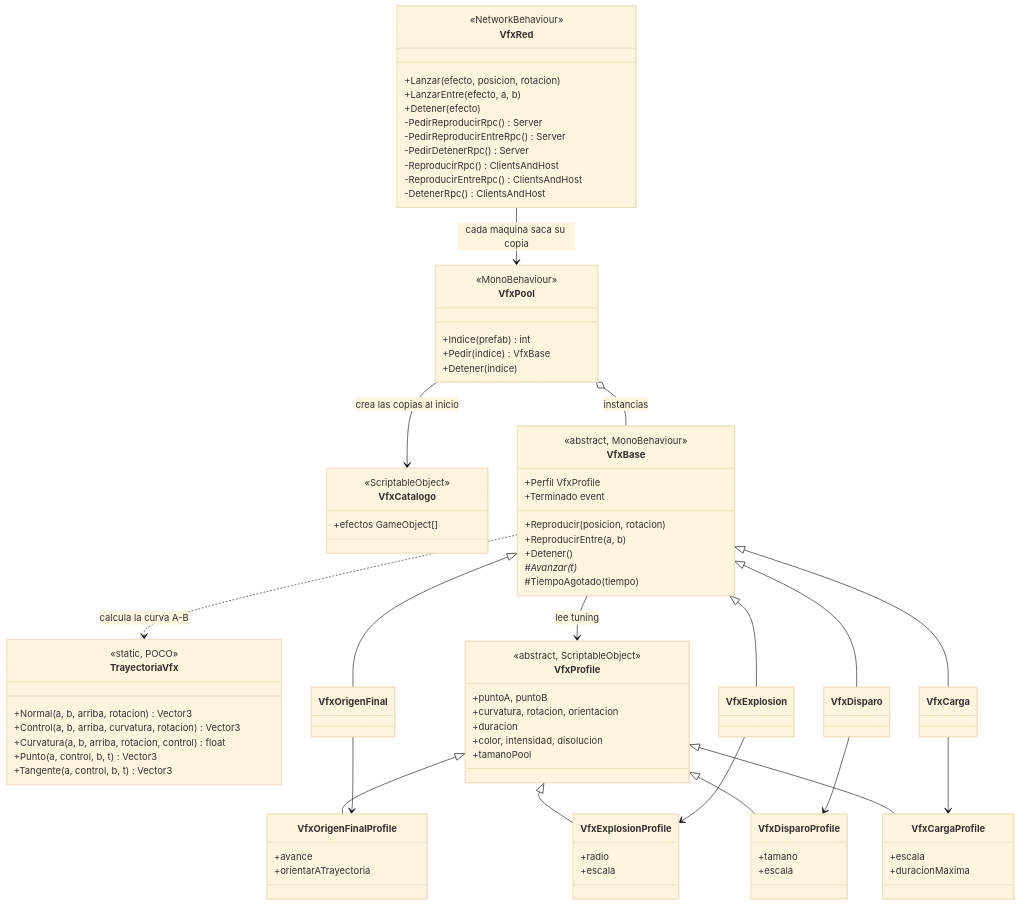
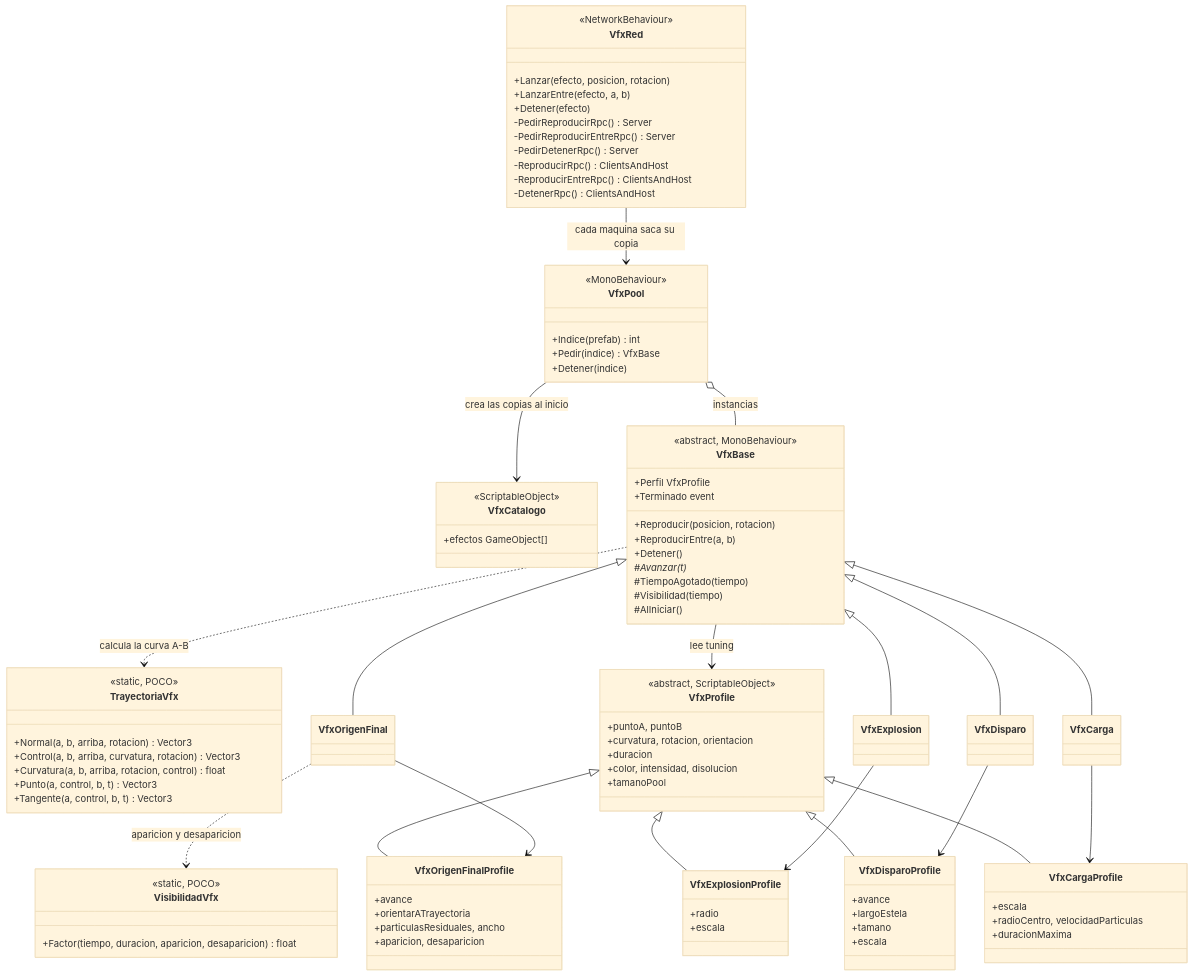
The diagram in docs/diagrams/vfx.mermaid (VicBojoDev10/DeathOfMeaningRepo), drawn with Mermaid (base theme) before and after one commit.

Commit message:
doc: update VFX diagram with new profile settings

```diff
--- a/docs/diagrams/vfx.mermaid
+++ b/docs/diagrams/vfx.mermaid
@@ -1,93 +1,106 @@
 classDiagram
     class TrayectoriaVfx {
         <<static, POCO>>
         +Normal(a, b, arriba, rotacion) Vector3
         +Control(a, b, arriba, curvatura, rotacion) Vector3
         +Curvatura(a, b, arriba, rotacion, control) float
         +Punto(a, control, b, t) Vector3
         +Tangente(a, control, b, t) Vector3
+    }
+
+    class VisibilidadVfx {
+        <<static, POCO>>
+        +Factor(tiempo, duracion, aparicion, desaparicion) float
     }
 
     class VfxProfile {
         <<abstract, ScriptableObject>>
         +puntoA, puntoB
         +curvatura, rotacion, orientacion
         +duracion
         +color, intensidad, disolucion
         +tamanoPool
     }
     class VfxOrigenFinalProfile {
         +avance
         +orientarATrayectoria
+        +particulasResiduales, ancho
+        +aparicion, desaparicion
     }
     class VfxExplosionProfile {
         +radio
         +escala
     }
     class VfxDisparoProfile {
+        +avance
+        +largoEstela
         +tamano
         +escala
     }
     class VfxCargaProfile {
         +escala
+        +radioCentro, velocidadParticulas
         +duracionMaxima
     }
     class VfxCatalogo {
         <<ScriptableObject>>
         +efectos GameObject[]
     }
 
     class VfxBase {
         <<abstract, MonoBehaviour>>
         +Perfil VfxProfile
         +Reproducir(posicion, rotacion)
         +ReproducirEntre(a, b)
         +Detener()
         +Terminado event
         #Avanzar(t)*
         #TiempoAgotado(tiempo)
+        #Visibilidad(tiempo)
+        #AlIniciar()
     }
     class VfxOrigenFinal
     class VfxExplosion
     class VfxDisparo
     class VfxCarga
 
     class VfxPool {
         <<MonoBehaviour>>
         +Indice(prefab) int
         +Pedir(indice) VfxBase
         +Detener(indice)
     }
     class VfxRed {
         <<NetworkBehaviour>>
         +Lanzar(efecto, posicion, rotacion)
         +LanzarEntre(efecto, a, b)
         +Detener(efecto)
         -PedirReproducirRpc() Server
         -PedirReproducirEntreRpc() Server
         -PedirDetenerRpc() Server
         -ReproducirRpc() ClientsAndHost
         -ReproducirEntreRpc() ClientsAndHost
         -DetenerRpc() ClientsAndHost
     }
 
     VfxProfile <|-- VfxOrigenFinalProfile
     VfxProfile <|-- VfxExplosionProfile
     VfxProfile <|-- VfxDisparoProfile
     VfxProfile <|-- VfxCargaProfile
 
     VfxBase <|-- VfxOrigenFinal
     VfxBase <|-- VfxExplosion
     VfxBase <|-- VfxDisparo
     VfxBase <|-- VfxCarga
 
     VfxBase ..> TrayectoriaVfx : calcula la curva A-B
+    VfxOrigenFinal ..> VisibilidadVfx : aparicion y desaparicion
     VfxBase --> VfxProfile : lee tuning
     VfxOrigenFinal --> VfxOrigenFinalProfile
     VfxExplosion --> VfxExplosionProfile
     VfxDisparo --> VfxDisparoProfile
     VfxCarga --> VfxCargaProfile
 
     VfxPool --> VfxCatalogo : crea las copias al inicio
     VfxPool o-- VfxBase : instancias
     VfxRed --> VfxPool : cada maquina saca su copia
```
